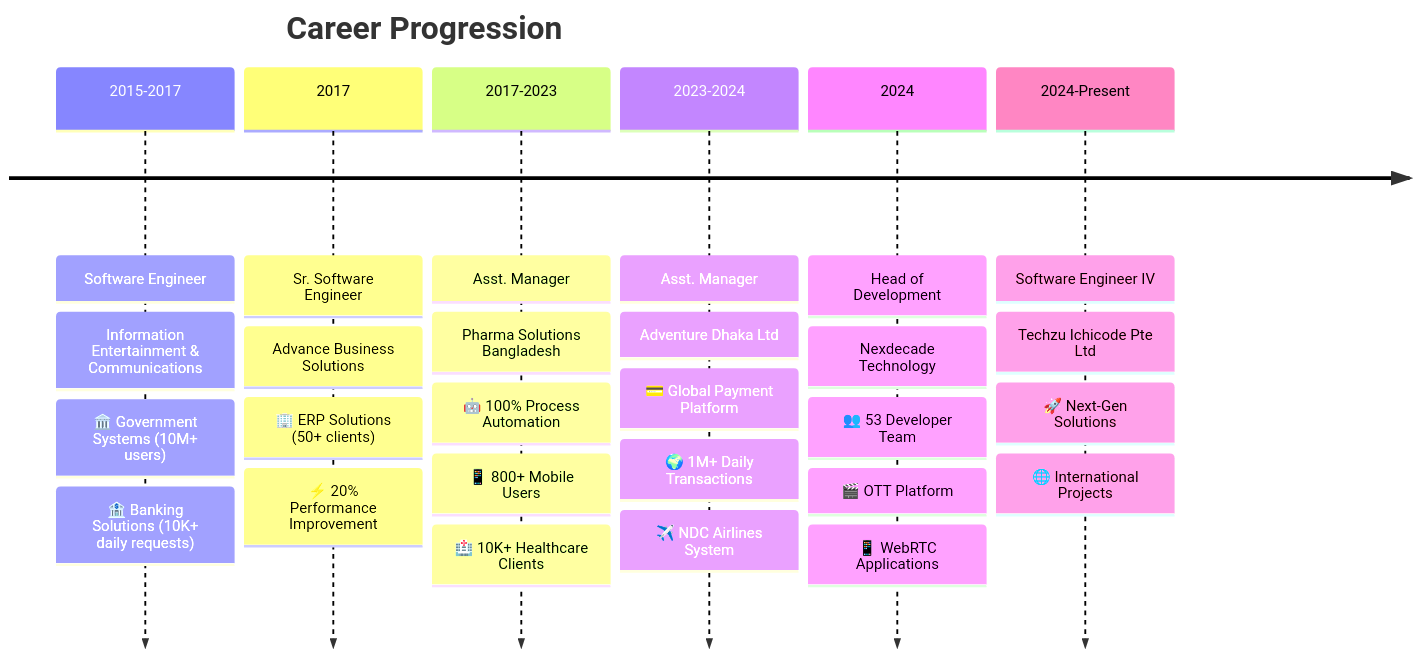
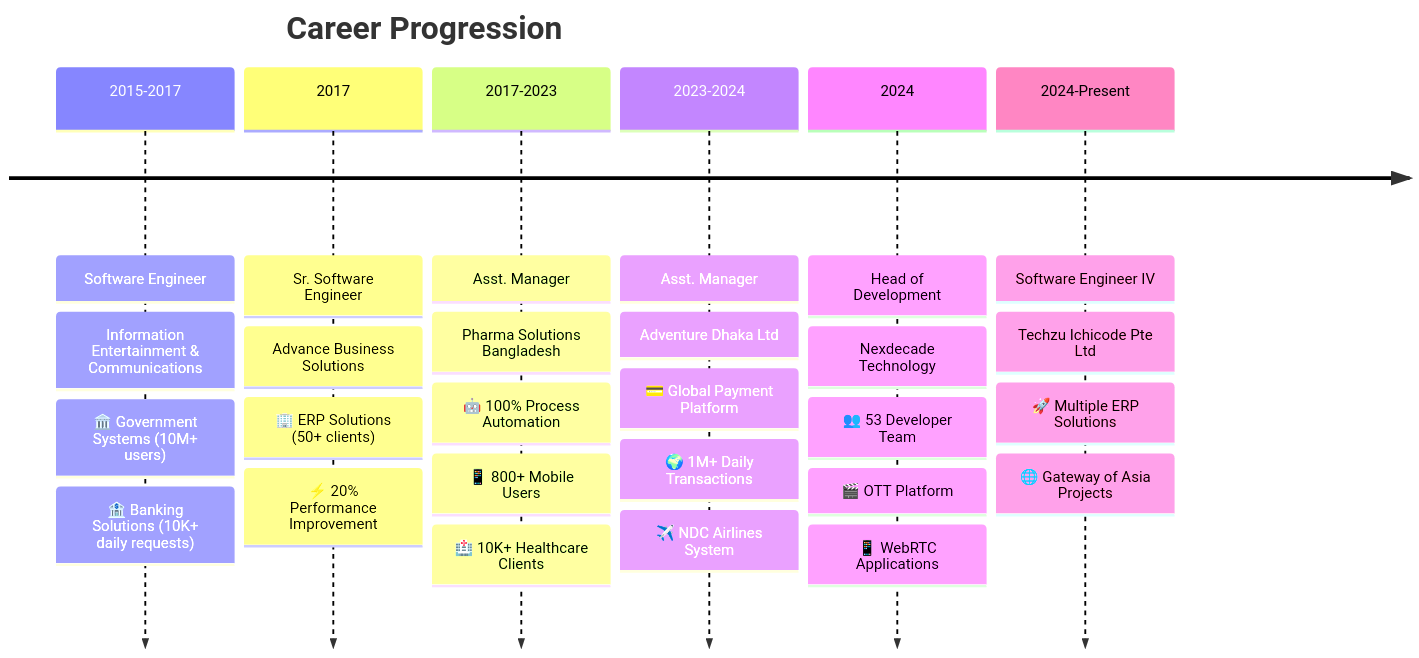
One commit to zawad1992/zawad1992 changed the first of 2 diagrams in README.md. Above: the diagram before and after it, drawn with Mermaid. The commit also changed other lines of this file, not shown here.

````diff
--- a/README.md
+++ b/README.md
@@ -84,37 +84,37 @@
 ```mermaid
 timeline
     title Career Progression
     
     2015-2017 : Software Engineer
               : Information Entertainment & Communications
               : 🏛️ Government Systems (10M+ users)
               : 🏦 Banking Solutions (10K+ daily requests)
     
     2017 : Sr. Software Engineer
          : Advance Business Solutions
          : 🏢 ERP Solutions (50+ clients)
          : ⚡ 20% Performance Improvement
     
     2017-2023 : Asst. Manager
               : Pharma Solutions Bangladesh
               : 🤖 100% Process Automation
               : 📱 800+ Mobile Users
               : 🏥 10K+ Healthcare Clients
     
     2023-2024 : Asst. Manager
               : Adventure Dhaka Ltd
               : 💳 Global Payment Platform
               : 🌍 1M+ Daily Transactions
               : ✈️ NDC Airlines System
     
     2024 : Head of Development
          : Nexdecade Technology
          : 👥 53 Developer Team
          : 🎬 OTT Platform
          : 📱 WebRTC Applications
     
     2024-Present : Software Engineer IV
                  : Techzu Ichicode Pte Ltd
-                 : 🚀 Next-Gen Solutions
-                 : 🌐 International Projects
+                 : 🚀 Multiple ERP Solutions
+                 : 🌐 Gateway of Asia Projects
 ```
````
